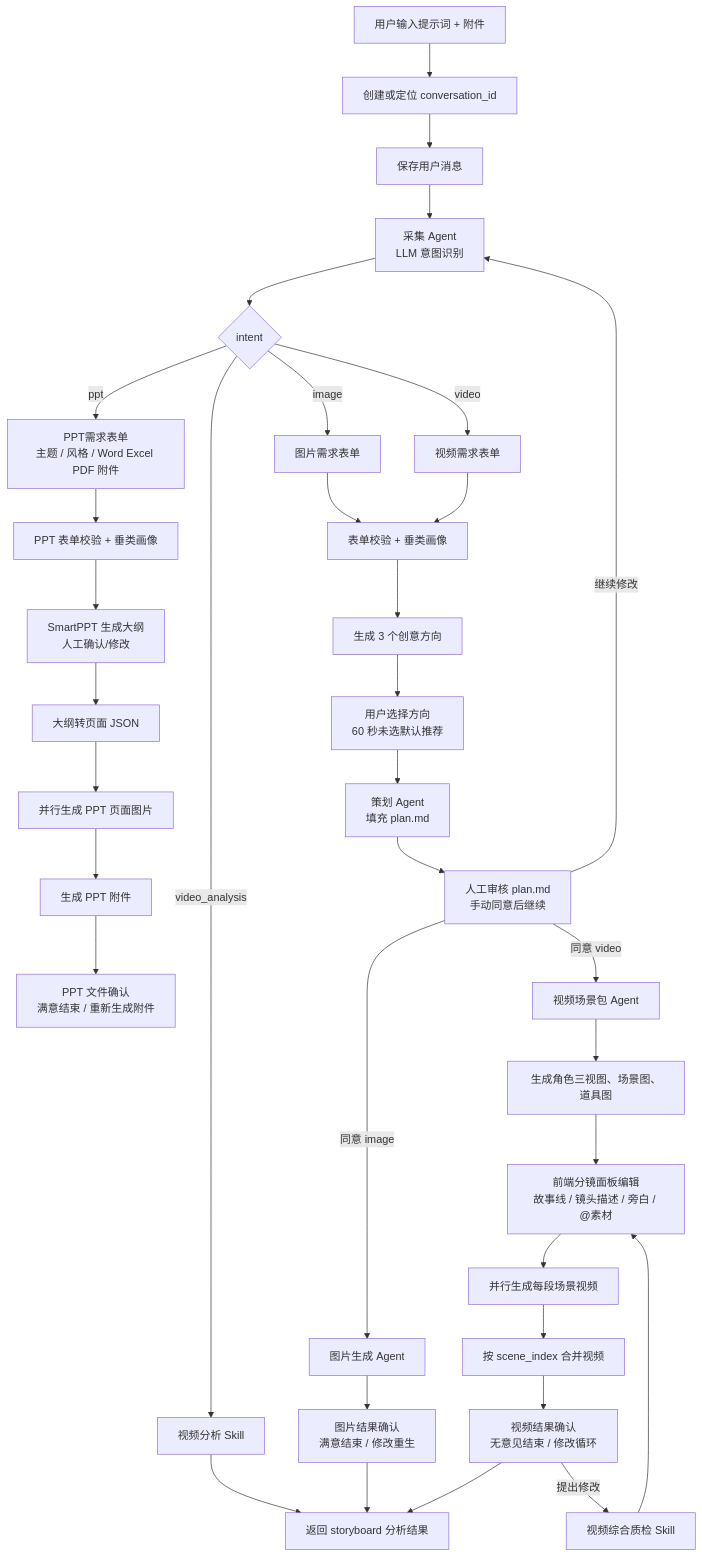
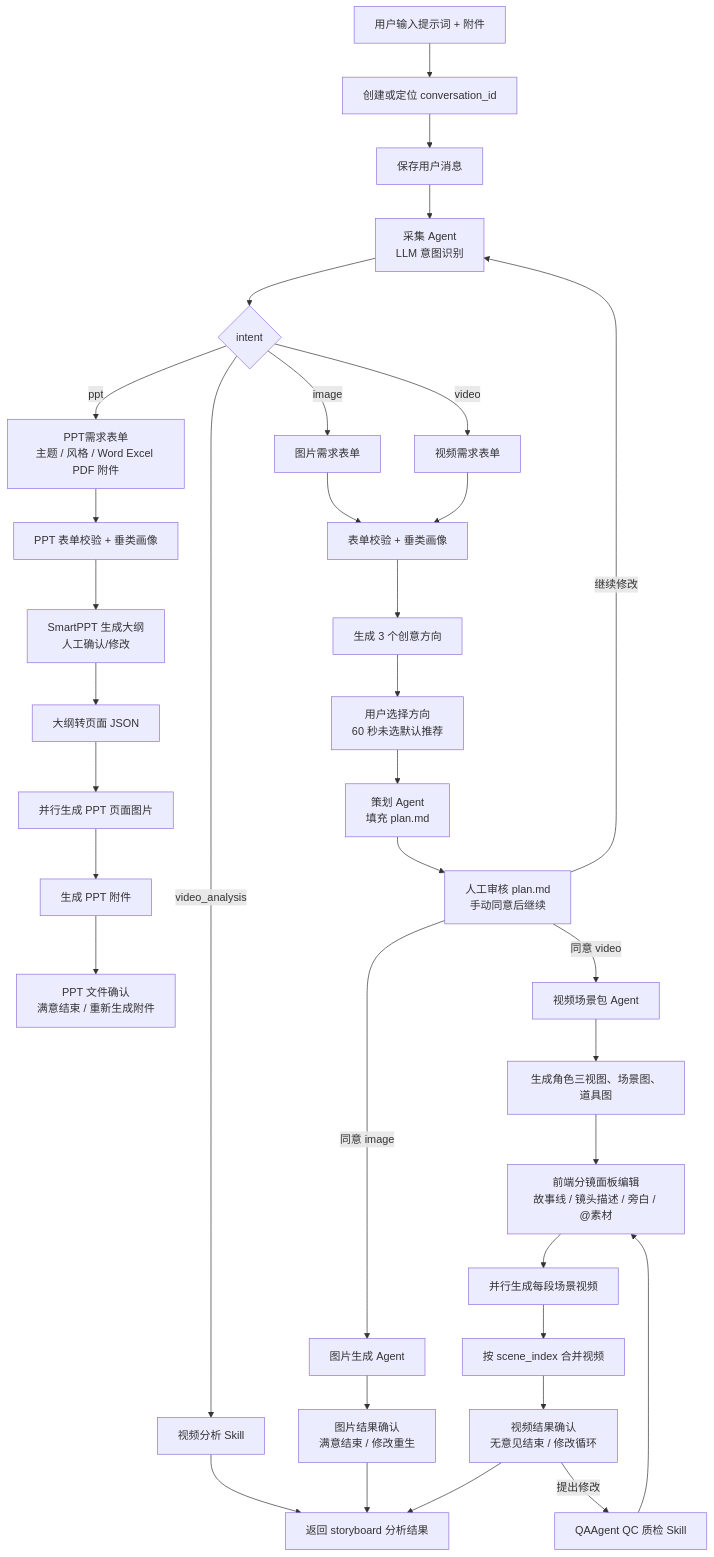
One commit to joyslxd/pixelflow changed the second of 7 diagrams in docs/pixelflow-agent-skill-flow-latest-design.md. Above: the diagram before and after it, drawn with Mermaid. The commit also changed other lines of this file and 20 other files, not shown here.

````diff
--- a/docs/pixelflow-agent-skill-flow-latest-design.md
+++ b/docs/pixelflow-agent-skill-flow-latest-design.md
@@ -48,37 +48,37 @@
 ```mermaid
 flowchart TD
   A["用户输入提示词 + 附件"] --> B["创建或定位 conversation_id"]
   B --> C["保存用户消息"]
   C --> D["采集 Agent<br/>LLM 意图识别"]
   D --> E{"intent"}
   E -->|"video_analysis"| VA["视频分析 Skill"]
   E -->|"image"| IF["图片需求表单"]
   E -->|"video"| VF["视频需求表单"]
   E -->|"ppt"| PF["PPT需求表单<br/>主题 / 风格 / Word Excel PDF 附件"]
   IF --> IV["表单校验 + 垂类画像"]
   VF --> IV
   PF --> PIV["PPT 表单校验 + 垂类画像"]
   PIV --> PSUM["SmartPPT 生成大纲<br/>人工确认/修改"]
   PSUM --> PJSON["大纲转页面 JSON"]
   PJSON --> PIMG["并行生成 PPT 页面图片"]
   PIMG --> PFILE["生成 PPT 附件"]
   PFILE --> PDONE["PPT 文件确认<br/>满意结束 / 重新生成附件"]
   IV --> DIR["生成 3 个创意方向"]
   DIR --> CHOOSE["用户选择方向<br/>60 秒未选默认推荐"]
   CHOOSE --> PLAN["策划 Agent<br/>填充 plan.md"]
   PLAN --> REVIEW["人工审核 plan.md<br/>手动同意后继续"]
   REVIEW -->|"继续修改"| D
   REVIEW -->|"同意 image"| IMG["图片生成 Agent"]
   REVIEW -->|"同意 video"| VP["视频场景包 Agent"]
   IMG --> IR["图片结果确认<br/>满意结束 / 修改重生"]
   VP --> SA["生成角色三视图、场景图、道具图"]
   SA --> SB["前端分镜面板编辑<br/>故事线 / 镜头描述 / 旁白 / @素材"]
   SB --> SV["并行生成每段场景视频"]
   SV --> MERGE["按 scene_index 合并视频"]
   MERGE --> VR["视频结果确认<br/>无意见结束 / 修改循环"]
-  VR -->|"提出修改"| QC["视频综合质检 Skill"]
+  VR -->|"提出修改"| QC["QAAgent QC 质检 Skill"]
   QC --> SB
   VA --> DONE["返回 storyboard 分析结果"]
   IR --> DONE
   VR --> DONE
 ```
````
